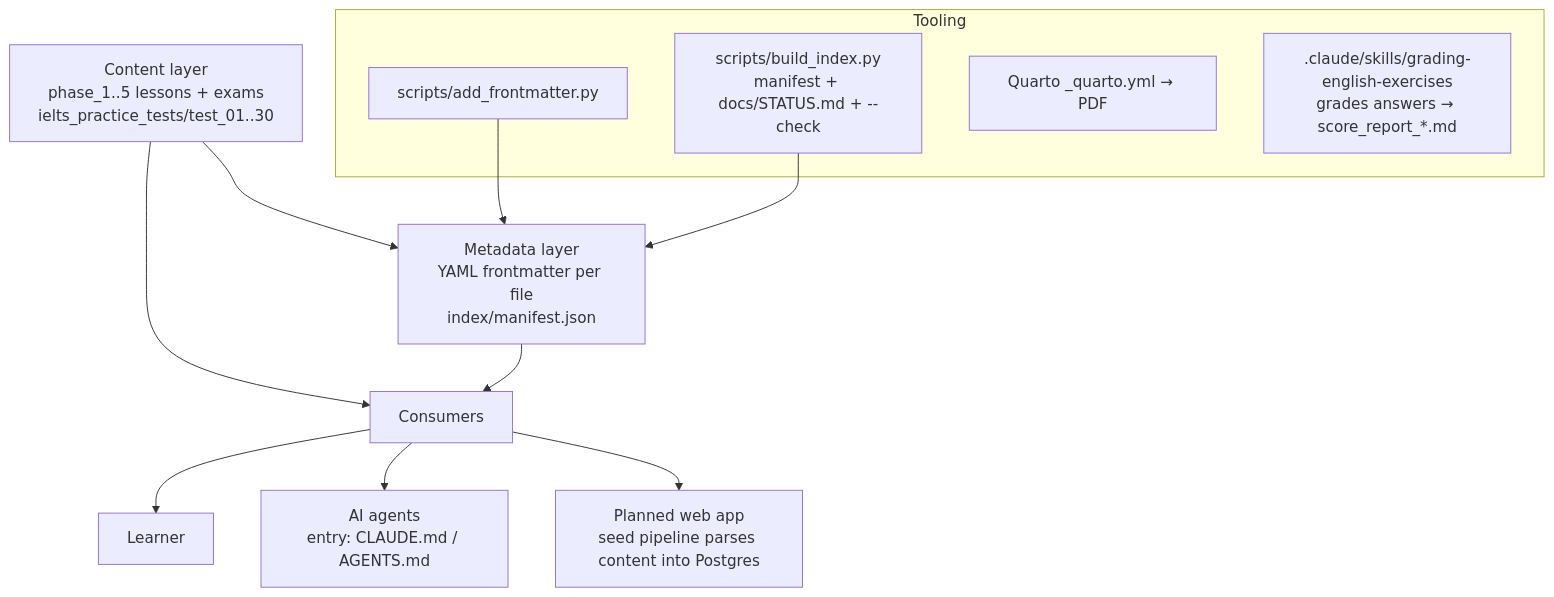
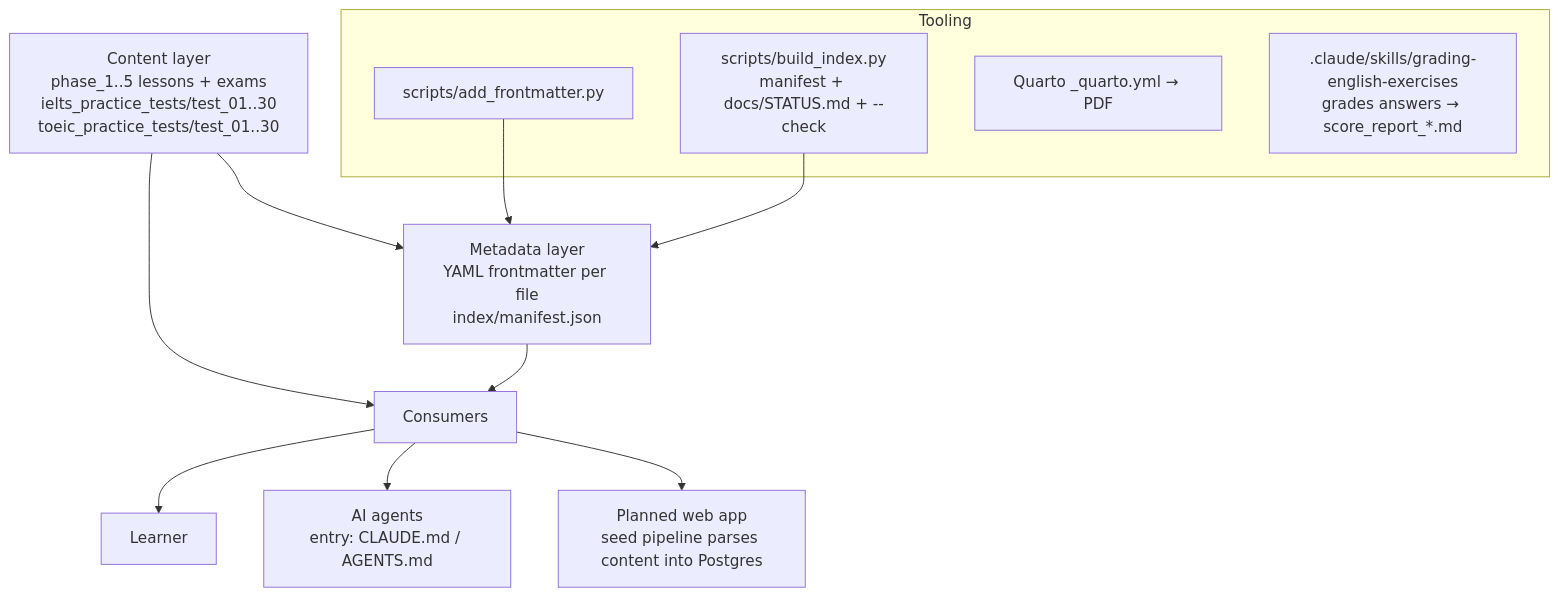
The diagram in docs/architecture.md (tduybao2005/learning-english), drawn with Mermaid before and after one commit. The commit also changed other lines of this file and 4 other files, not shown here.

Commit message:
docs: document TOEIC test format and grading rules

````diff
--- a/docs/architecture.md
+++ b/docs/architecture.md
@@ -11,17 +11,17 @@
 ```mermaid
 flowchart TD
-    A[Content layer<br/>phase_1..5 lessons + exams<br/>ielts_practice_tests/test_01..30] --> B[Metadata layer<br/>YAML frontmatter per file<br/>index/manifest.json]
+    A[Content layer<br/>phase_1..5 lessons + exams<br/>ielts_practice_tests/test_01..30<br/>toeic_practice_tests/test_01..30] --> B[Metadata layer<br/>YAML frontmatter per file<br/>index/manifest.json]
     A --> C[Consumers]
     B --> C
     subgraph Tooling
         T1[scripts/add_frontmatter.py]
         T2[scripts/build_index.py<br/>manifest + docs/STATUS.md + --check]
         T3[Quarto _quarto.yml → PDF]
         T4[.claude/skills/grading-english-exercises<br/>grades answers → score_report_*.md]
     end
     T1 --> B
     T2 --> B
     C --> C1[Learner]
     C --> C2[AI agents<br/>entry: CLAUDE.md / AGENTS.md]
     C --> C3[Planned web app<br/>seed pipeline parses content into Postgres]
 ```
````
